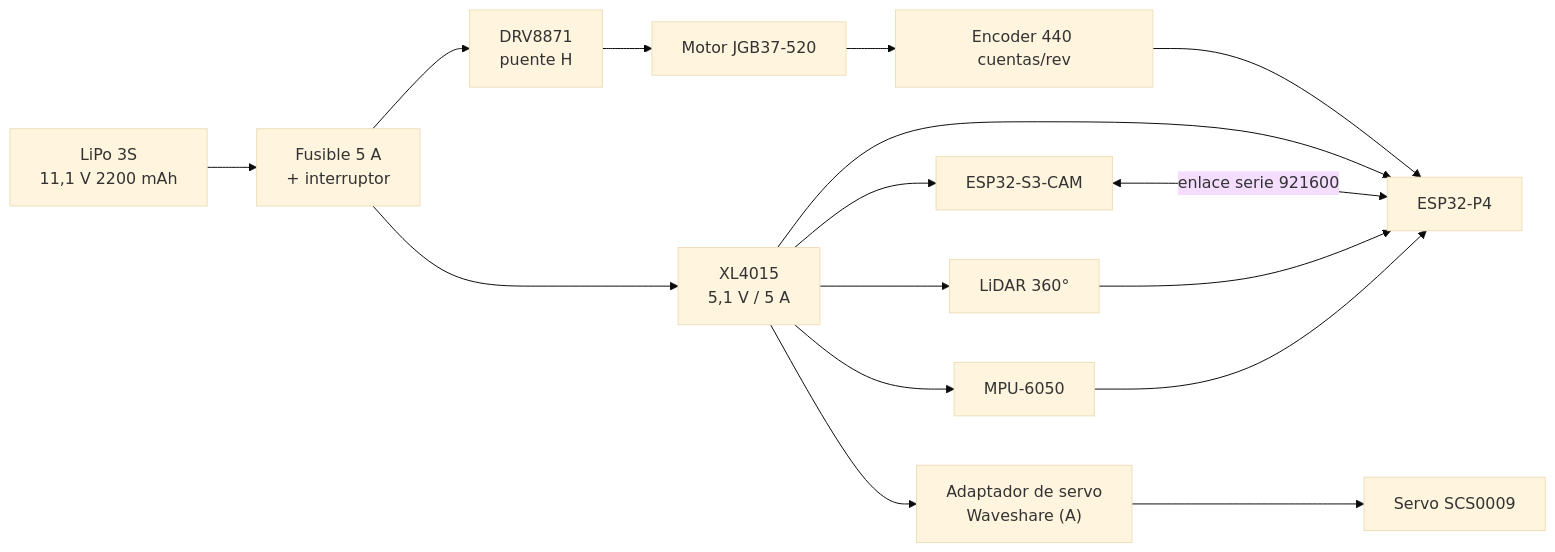
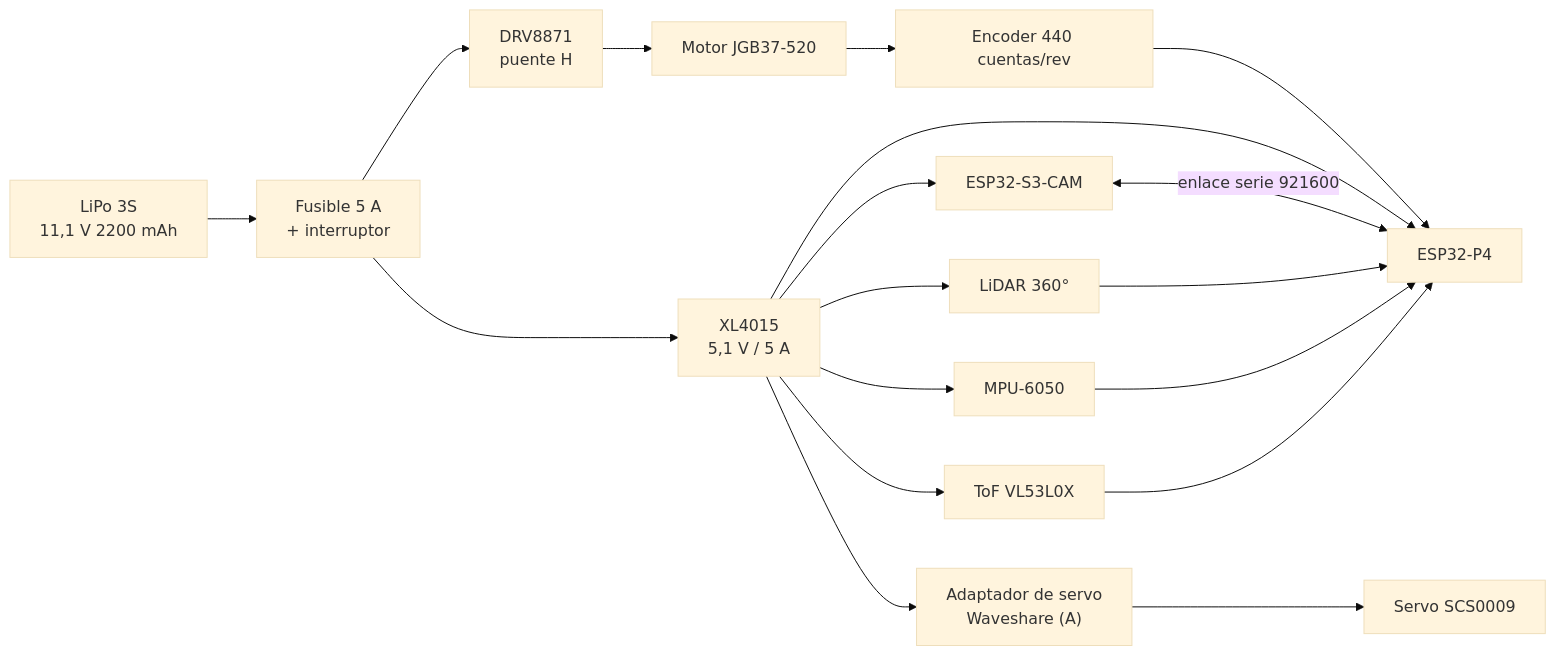
One commit to Eddym06/AutoNex changed the first of 2 diagrams in README.es.md. Above: the diagram before and after it, drawn with Mermaid (base theme). The commit also changed other lines of this file and 20 other files, not shown here.

````diff
--- a/README.es.md
+++ b/README.es.md
@@ -294,18 +333,20 @@
 ```mermaid
 flowchart LR
     BAT["LiPo 3S<br/>11,1 V 2200 mAh"] --> FUSE["Fusible 5 A<br/>+ interruptor"]
     FUSE --> H["DRV8871<br/>puente H"]
     FUSE --> BUCK["XL4015<br/>5,1 V / 5 A"]
     BUCK --> P4["ESP32-P4"]
     BUCK --> S3["ESP32-S3-CAM"]
     BUCK --> LID["LiDAR 360°"]
     BUCK --> IMU["MPU-6050"]
+    BUCK --> TOF["ToF VL53L0X"]
     BUCK --> ADP["Adaptador de servo<br/>Waveshare (A)"]
     ADP --> SRV["Servo SCS0009"]
     H --> MOT["Motor JGB37-520"]
     MOT --> ENC["Encoder 440 cuentas/rev"]
     ENC --> P4
     LID --> P4
     IMU --> P4
+    TOF --> P4
     S3 <-->|"enlace serie 921600"| P4
 ```
````
